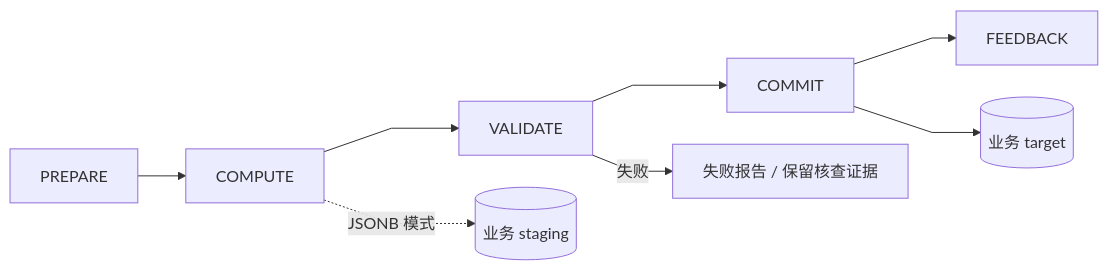
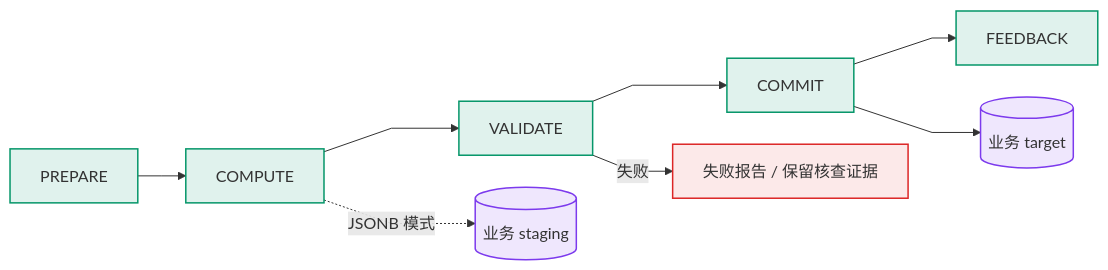
One commit to pinpols/file-batch-system changed diagram 12 of 23 in docs/architecture/system-flow-overview.md. Above: the diagram before and after it, drawn with Mermaid. The commit also changed other lines of this file and 34 other files, not shown here.

First line of the commit message:
docs(diagram): 完成 P3 Mermaid 图样式收口并补充制图规范 (#1390)

````diff
--- a/docs/architecture/system-flow-overview.md
+++ b/docs/architecture/system-flow-overview.md
@@ -418,8 +446,12 @@
 ```mermaid
 %%{init: {"flowchart":{"curve":"linear","nodeSpacing":32,"rankSpacing":48},"sequence":{"mirrorActors":false}}}%%
 flowchart LR
-  A["PREPARE"] --> B["COMPUTE"] --> C["VALIDATE"] --> D["COMMIT"] --> E["FEEDBACK"]
-  B -. "JSONB 模式" .-> S[("业务 staging")]
-  D --> T[("业务 target")]
-  C -->|"失败"| F["失败报告 / 保留核查证据"]
+  A["PREPARE"]:::worker --> B["COMPUTE"]:::worker --> C["VALIDATE"]:::worker --> D["COMMIT"]:::worker --> E["FEEDBACK"]:::worker
+  B -. "JSONB 模式" .-> S[("业务 staging")]:::store
+  D --> T[("业务 target")]:::store
+  C -->|"失败"| F["失败报告 / 保留核查证据"]:::fail
+
+  classDef worker fill:#0596691f,stroke:#059669,stroke-width:1.5px
+  classDef store fill:#7c3aed1f,stroke:#7c3aed,stroke-width:1.5px
+  classDef fail fill:#dc26261a,stroke:#dc2626,stroke-width:1.5px
 ```
````
